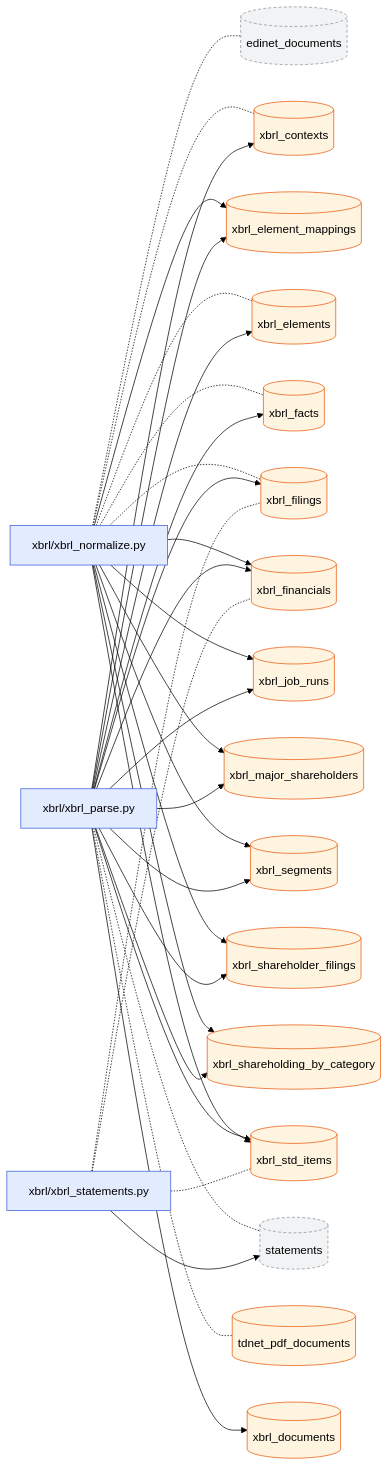
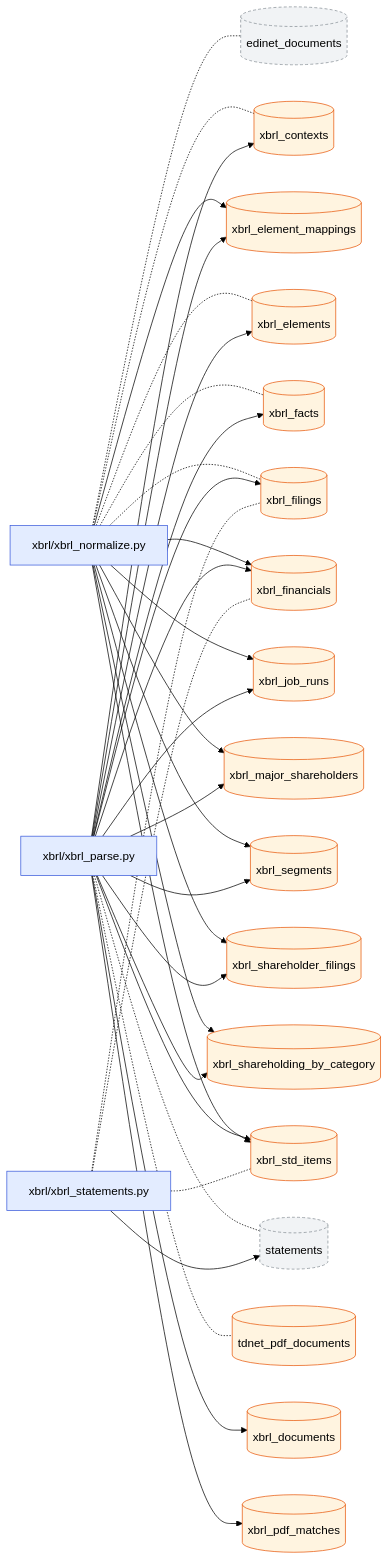
The first of 2 diagrams in docs/dataflow/xbrl.md (pekumirui/stock-analyzer), drawn with Mermaid (forest theme) before and after one commit. The commit also changed other lines of this file and 16 other files, not shown here.

First line of the commit message:
feature(KAB-433): 短信 PDF の行に XBRL の要素との対応を保存し、出どころを気にせず全社の集計を引けるようにする

````diff
--- a/docs/dataflow/xbrl.md
+++ b/docs/dataflow/xbrl.md
@@ -9,58 +9,60 @@
 ```mermaid
 flowchart LR
   n0["xbrl/xbrl_normalize.py"]:::job
   n1["xbrl/xbrl_parse.py"]:::job
   n2["xbrl/xbrl_statements.py"]:::job
   n3[("edinet_documents")]:::ext
   n4[("statements")]:::ext
   n5[("tdnet_pdf_documents")]:::tbl
   n6[("xbrl_contexts")]:::tbl
   n7[("xbrl_documents")]:::tbl
   n8[("xbrl_element_mappings")]:::tbl
   n9[("xbrl_elements")]:::tbl
   n10[("xbrl_facts")]:::tbl
   n11[("xbrl_filings")]:::tbl
   n12[("xbrl_financials")]:::tbl
   n13[("xbrl_job_runs")]:::tbl
   n14[("xbrl_major_shareholders")]:::tbl
-  n15[("xbrl_segments")]:::tbl
-  n16[("xbrl_shareholder_filings")]:::tbl
-  n17[("xbrl_shareholding_by_category")]:::tbl
-  n18[("xbrl_std_items")]:::tbl
+  n15[("xbrl_pdf_matches")]:::tbl
+  n16[("xbrl_segments")]:::tbl
+  n17[("xbrl_shareholder_filings")]:::tbl
+  n18[("xbrl_shareholding_by_category")]:::tbl
+  n19[("xbrl_std_items")]:::tbl
   n0 -.- n3
   n0 -.- n6
   n0 --> n8
   n0 -.- n9
   n0 -.- n10
   n0 -.- n11
   n0 --> n12
   n0 --> n13
   n0 --> n14
-  n0 --> n15
   n0 --> n16
   n0 --> n17
   n0 --> n18
+  n0 --> n19
   n1 -.- n4
   n1 -.- n5
   n1 --> n6
   n1 --> n7
   n1 --> n8
   n1 --> n9
   n1 --> n10
   n1 --> n11
   n1 --> n12
   n1 --> n13
   n1 --> n14
   n1 --> n15
   n1 --> n16
   n1 --> n17
   n1 --> n18
+  n1 --> n19
   n2 --> n4
   n2 -.- n11
   n2 -.- n12
-  n2 -.- n18
+  n2 -.- n19
   classDef job fill:#e3ecff,stroke:#3b5bdb
   classDef api fill:#e6f7ec,stroke:#2b8a3e
   classDef tbl fill:#fff4e0,stroke:#e8590c
   classDef ext fill:#f1f3f5,stroke:#868e96,stroke-dasharray:4 3
 ```
````
